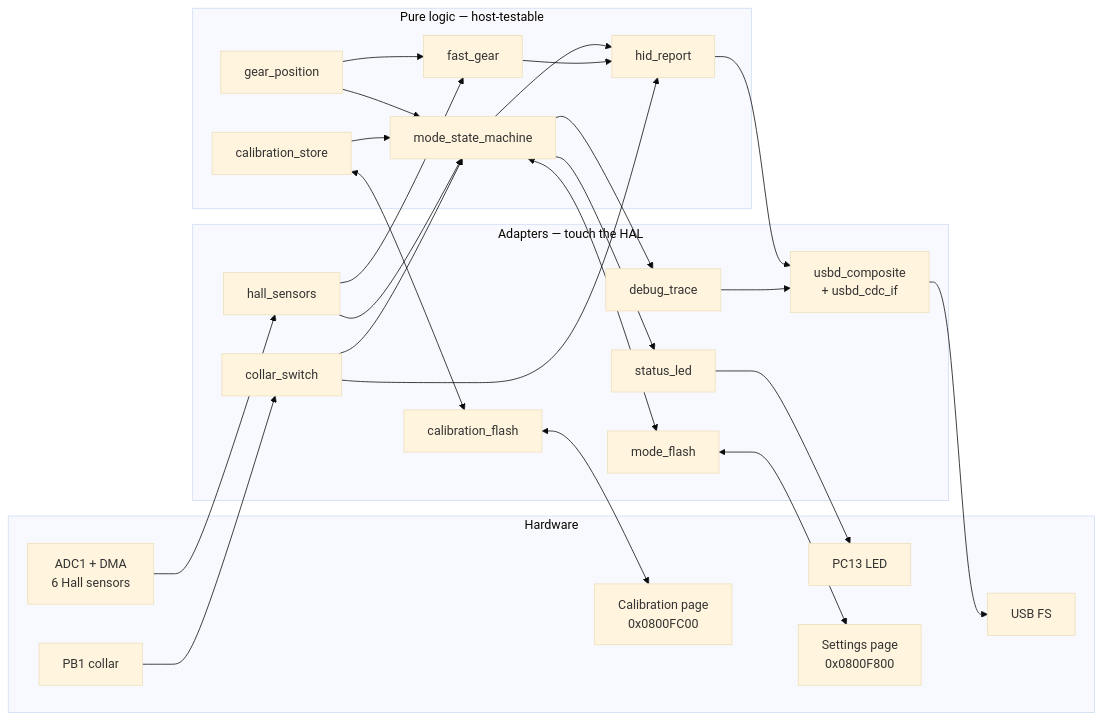
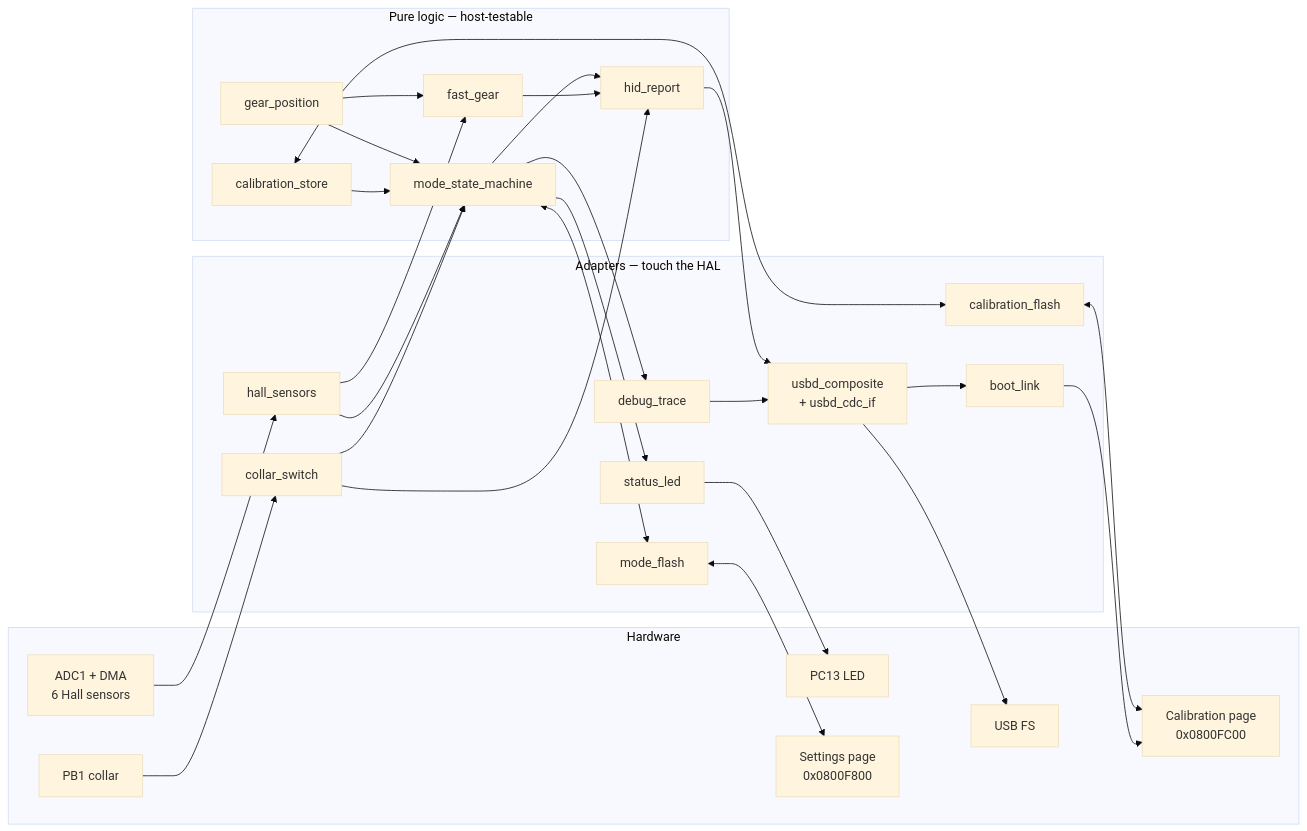
One commit to Klakinoumi/ShifterNoumi changed the first of 2 diagrams in docs/architecture.md. Above: the diagram before and after it, drawn with Mermaid (base theme). The commit also changed other lines of this file and 19 other files, not shown here.

````diff
--- a/docs/architecture.md
+++ b/docs/architecture.md
@@ -27,51 +27,54 @@
 ```mermaid
 flowchart LR
     subgraph HW[Hardware]
         ADC[ADC1 + DMA<br/>6 Hall sensors]
         GPIO[PB1 collar]
         LED[PC13 LED]
         FLASH[Calibration page<br/>0x0800FC00]
         SETP[Settings page<br/>0x0800F800]
         USB[USB FS]
     end
 
     subgraph ADP[Adapters — touch the HAL]
         HS[hall_sensors]
         CS[collar_switch]
         SL[status_led]
         CF[calibration_flash]
         MF[mode_flash]
         DT[debug_trace]
         COMP[usbd_composite<br/>+ usbd_cdc_if]
+        BL[boot_link]
     end
 
     subgraph LOGIC[Pure logic — host-testable]
         GP[gear_position]
         CST[calibration_store]
         MSM[mode_state_machine]
         FG[fast_gear]
         HR[hid_report]
     end
 
     ADC --> HS
     GPIO --> CS
     HS --> MSM
     HS --> FG
     CS --> MSM
     CS --> HR
     GP --> MSM
     GP --> FG
     CST --> MSM
     CST <--> CF
     CF <--> FLASH
     MSM <--> MF
     MF <--> SETP
     MSM --> HR
     FG --> HR
     HR --> COMP
     MSM --> DT
     DT --> COMP
     COMP --> USB
+    COMP --> BL
+    BL --> FLASH
     MSM --> SL
     SL --> LED
 ```
````
